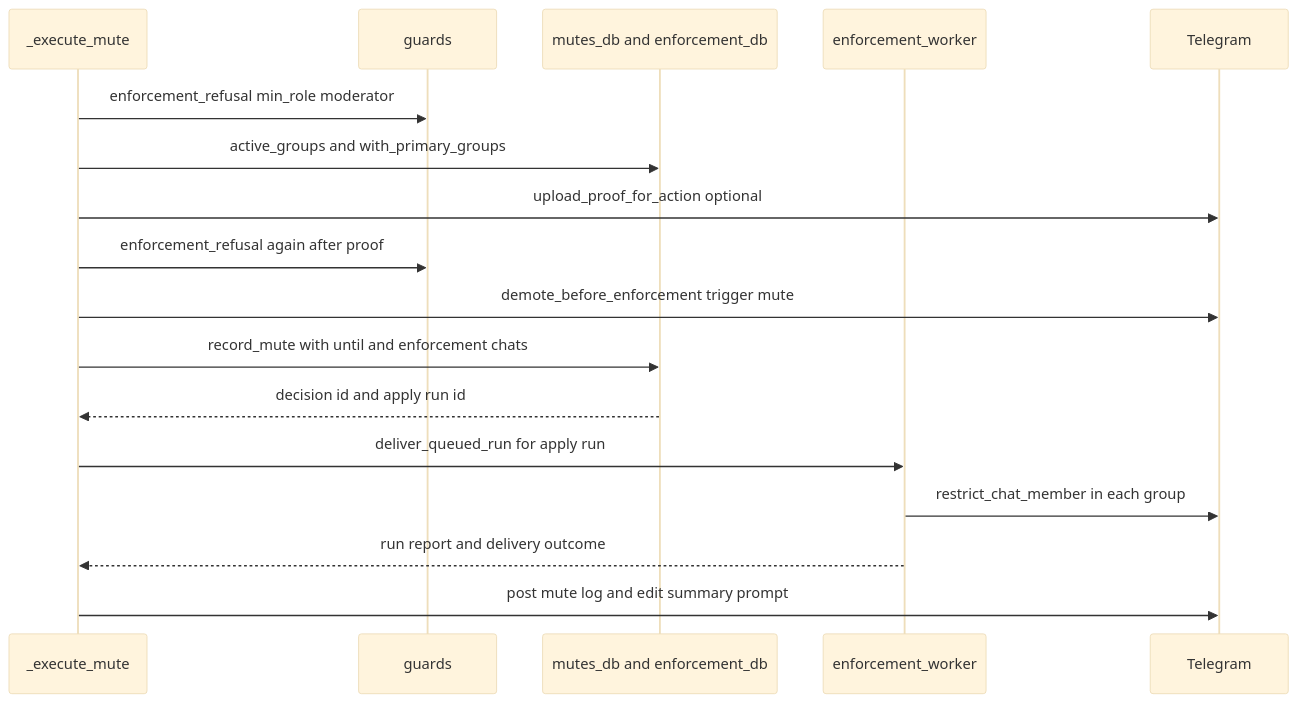
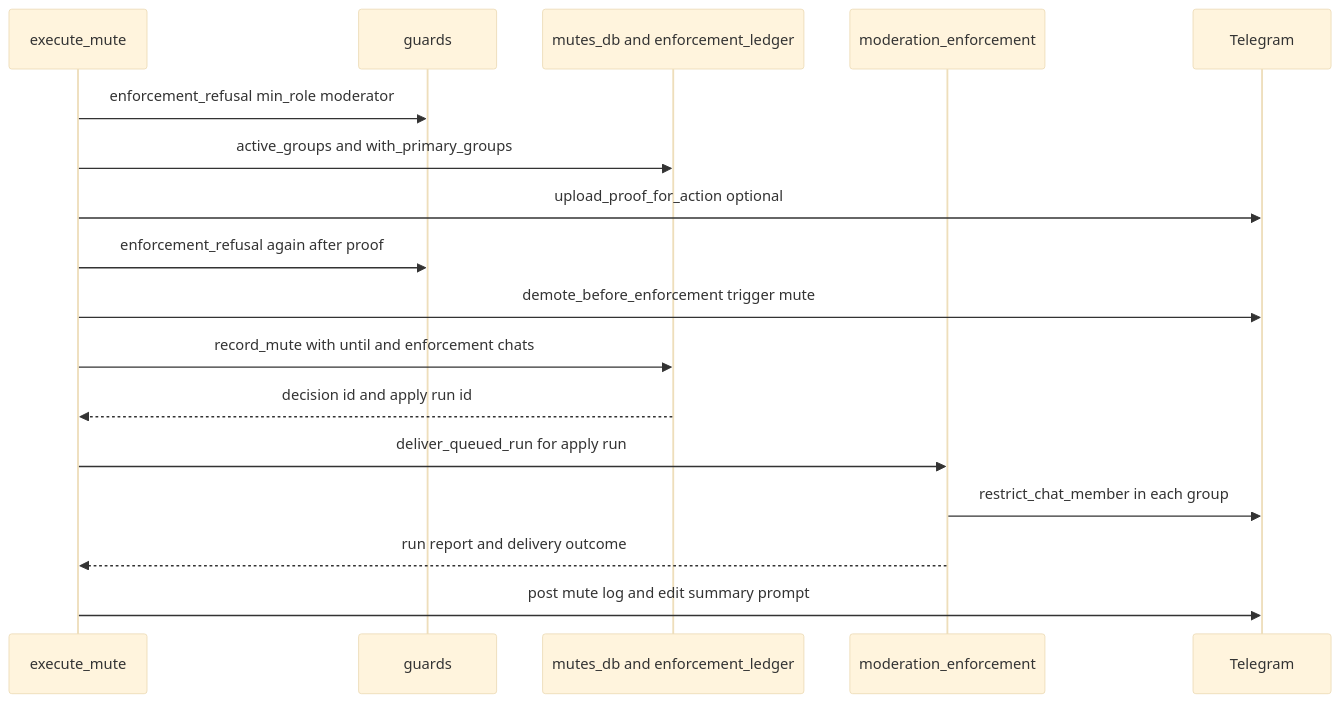
The second of 4 diagrams in docs/flows/muting.md (D1ZZY4/tcbot), drawn with Mermaid (base theme) before and after one commit. The commit also changed other lines of this file and 24 other files, not shown here.

````diff
--- a/docs/flows/muting.md
+++ b/docs/flows/muting.md
@@ -78,19 +78,19 @@
 ```mermaid
 sequenceDiagram
-    participant Flow as _execute_mute
+    participant Flow as execute_mute
     participant Guard as guards
-    participant DB as mutes_db and enforcement_db
-    participant Work as enforcement_worker
+    participant DB as mutes_db and enforcement_ledger
+    participant Work as moderation_enforcement
     participant Bot as Telegram
     Flow->>Guard: enforcement_refusal min_role moderator
     Flow->>DB: active_groups and with_primary_groups
     Flow->>Bot: upload_proof_for_action optional
     Flow->>Guard: enforcement_refusal again after proof
     Flow->>Bot: demote_before_enforcement trigger mute
     Flow->>DB: record_mute with until and enforcement chats
     DB-->>Flow: decision id and apply run id
     Flow->>Work: deliver_queued_run for apply run
     Work->>Bot: restrict_chat_member in each group
     Work-->>Flow: run report and delivery outcome
     Flow->>Bot: post mute log and edit summary prompt
 ```
````
